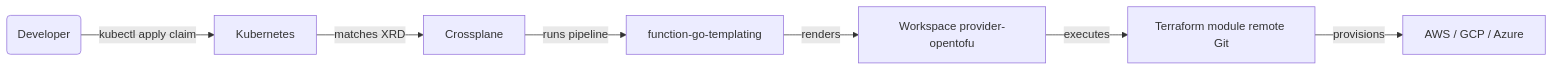
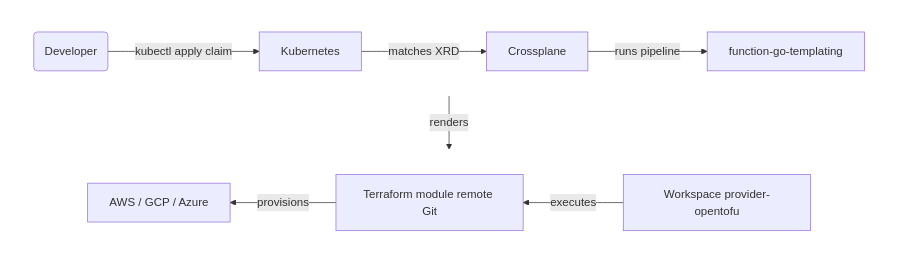
The first of 3 diagrams in README.md (cdelgehier/tf2crossplane), drawn with Mermaid before and after one commit.

Commit message:
docs(readme): reshape runtime workflow diagram

````diff
--- a/README.md
+++ b/README.md
@@ -16,9 +16,17 @@
 ```mermaid
-flowchart LR
-    Dev(Developer) -->|kubectl apply claim| K8s[Kubernetes]
-    K8s -->|matches XRD| CP[Crossplane]
-    CP -->|runs pipeline| FN[function-go-templating]
-    FN -->|renders| WS[Workspace provider-opentofu]
-    WS -->|executes| TF[Terraform module remote Git]
-    TF -->|provisions| AWS[AWS / GCP / Azure]
+flowchart TB
+    subgraph top [ ]
+        direction LR
+        Dev(Developer) -->|kubectl apply claim| K8s[Kubernetes]
+        K8s -->|matches XRD| CP[Crossplane]
+        CP -->|runs pipeline| FN[function-go-templating]
+    end
+    subgraph bottom [ ]
+        direction RL
+        WS[Workspace provider-opentofu] -->|executes| TF[Terraform module remote Git]
+        TF -->|provisions| AWS[AWS / GCP / Azure]
+    end
+    FN -->|renders| WS
+    style top fill:none,stroke:none
+    style bottom fill:none,stroke:none
 ```
````
